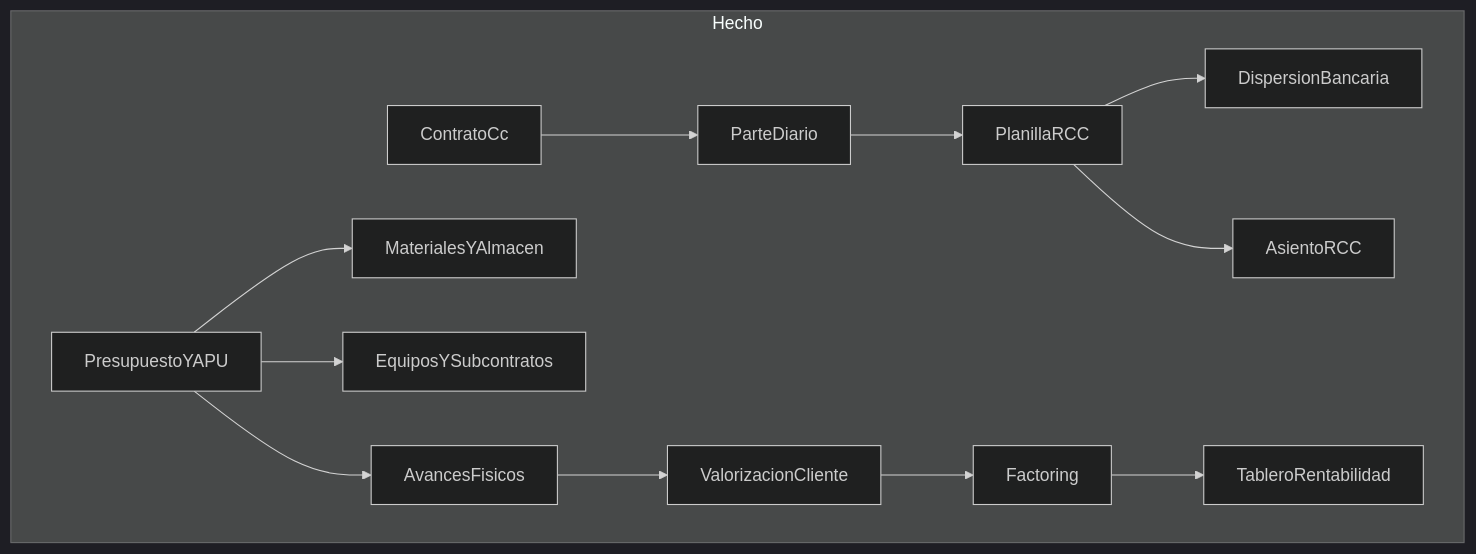
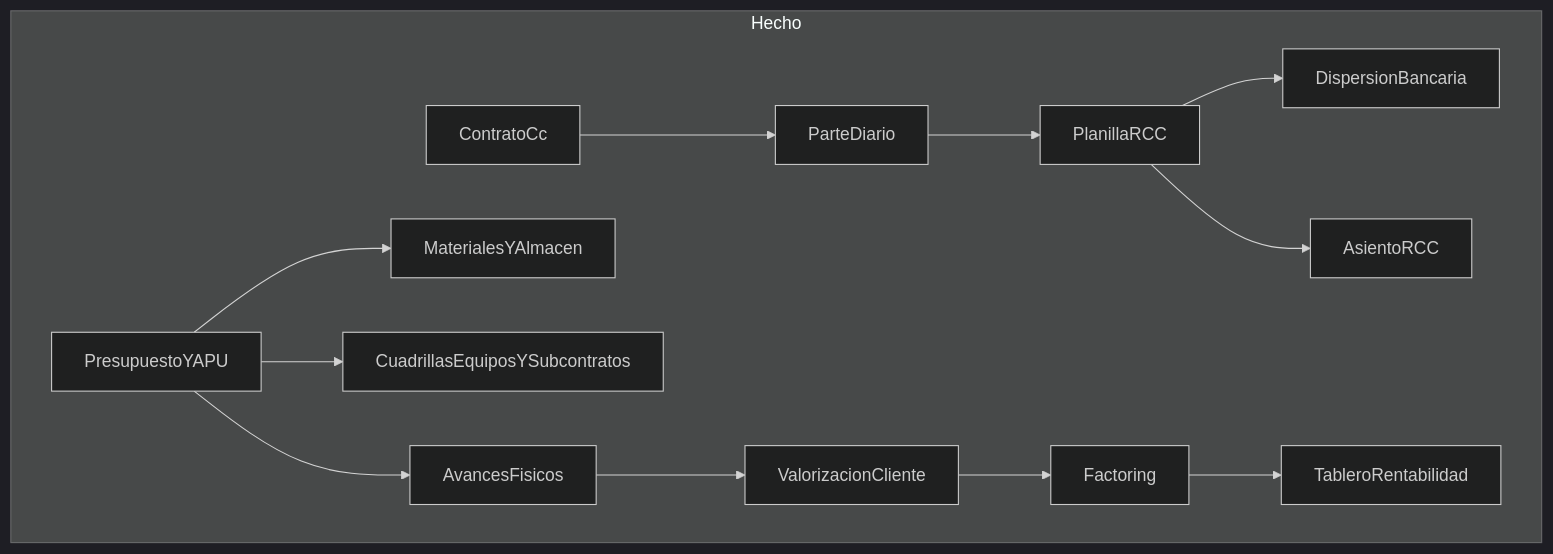
One commit to foreverLilRed/Convecsa-ERP changed the second of 7 diagrams in docs/proyectos/seguimiento-proyectos.md. Above: the diagram before and after it, drawn with Mermaid (dark theme). The commit also changed other lines of this file and 23 other files, not shown here.

````diff
--- a/docs/proyectos/seguimiento-proyectos.md
+++ b/docs/proyectos/seguimiento-proyectos.md
@@ -44,16 +44,16 @@
 ```mermaid
 flowchart TB
   subgraph hecho [Hecho]
     Contrato[ContratoCc] --> Tareo[ParteDiario]
     Tareo --> Planilla[PlanillaRCC]
     Planilla --> Dispersion[DispersionBancaria]
     Planilla --> Asiento[AsientoRCC]
     Presupuesto[PresupuestoYAPU]
     Presupuesto --> Materiales[MaterialesYAlmacen]
-    Presupuesto --> Recursos[EquiposYSubcontratos]
+    Presupuesto --> Recursos[CuadrillasEquiposYSubcontratos]
     Presupuesto --> Avances[AvancesFisicos]
     Avances --> Valorizacion[ValorizacionCliente]
     Valorizacion --> Factoring[Factoring]
     Factoring --> Rentabilidad[TableroRentabilidad]
   end
 ```
````
